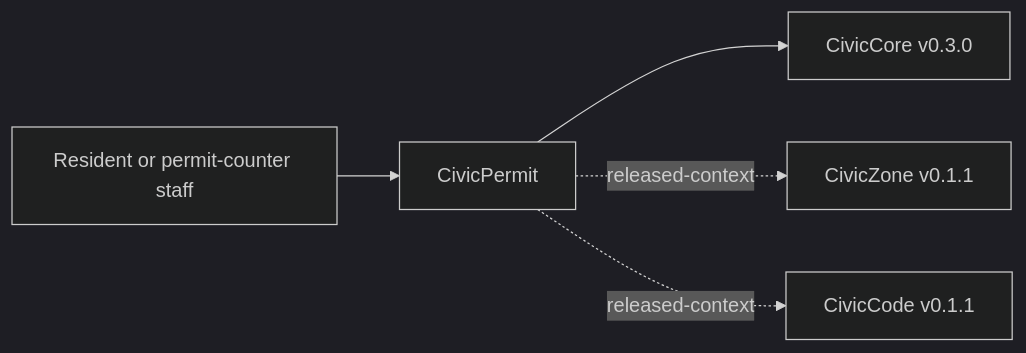
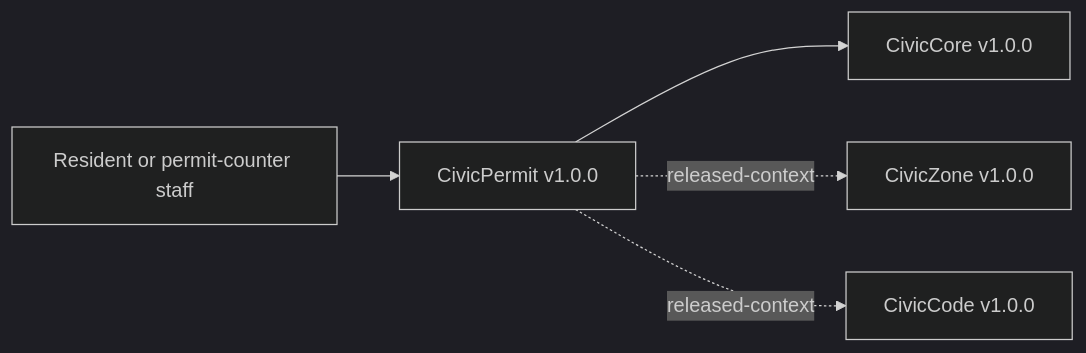
Before and after one commit to CivicSuite/civicpermit: the diagram in USER-MANUAL.md, drawn with Mermaid (dark theme). The commit also changed other lines of this file and 39 other files, not shown here.

First line of the commit message:
Release CivicPermit v1.0.0

````diff
--- a/USER-MANUAL.md
+++ b/USER-MANUAL.md
@@ -34,7 +43,7 @@
 ```mermaid
 flowchart LR
-  PublicUser["Resident or permit-counter staff"] --> CivicPermit["CivicPermit"]
-  CivicPermit --> CivicCore["CivicCore v0.3.0"]
-  CivicPermit -. released-context .-> CivicZone["CivicZone v0.1.1"]
-  CivicPermit -. released-context .-> CivicCode["CivicCode v0.1.1"]
+  PublicUser["Resident or permit-counter staff"] --> CivicPermit["CivicPermit v1.0.0"]
+  CivicPermit --> CivicCore["CivicCore v1.0.0"]
+  CivicPermit -. released-context .-> CivicZone["CivicZone v1.0.0"]
+  CivicPermit -. released-context .-> CivicCode["CivicCode v1.0.0"]
 ```
````
